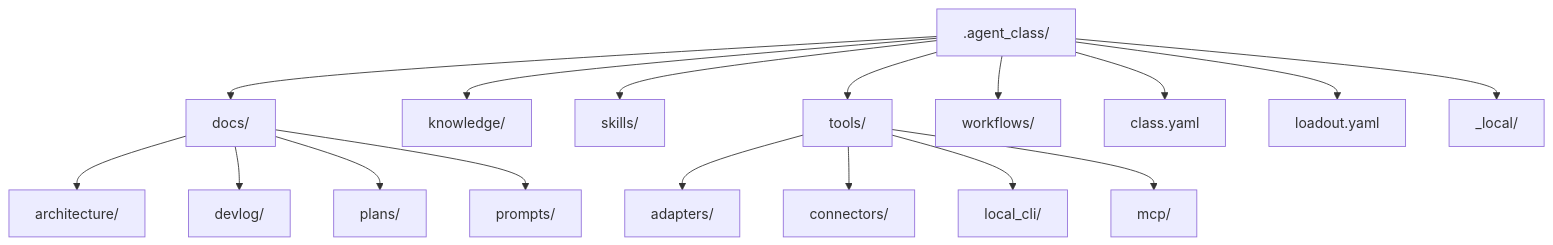
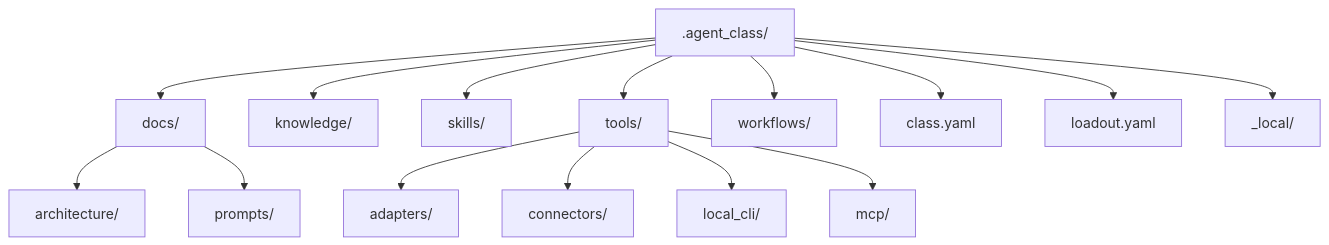
One commit to SungYongMOON/soulforge changed the first of 2 diagrams in .agent_class/docs/architecture/AGENT_CLASS_MODEL.md. Above: the diagram before and after it, drawn with Mermaid. The commit also changed other lines of this file and 26 other files, not shown here.

````diff
--- a/.agent_class/docs/architecture/AGENT_CLASS_MODEL.md
+++ b/.agent_class/docs/architecture/AGENT_CLASS_MODEL.md
@@ -11,19 +11,17 @@
 ```mermaid
 flowchart TD
   C[".agent_class/"] --> D["docs/"]
   D --> DA["architecture/"]
-  D --> DD["devlog/"]
-  D --> DP["plans/"]
   D --> DR["prompts/"]
   C --> K["knowledge/"]
   C --> S["skills/"]
   C --> T["tools/"]
   T --> TA["adapters/"]
   T --> TC["connectors/"]
   T --> TL["local_cli/"]
   T --> TM["mcp/"]
   C --> W["workflows/"]
   C --> CY["class.yaml"]
   C --> LY["loadout.yaml"]
   C --> L["_local/"]
 ```
````
